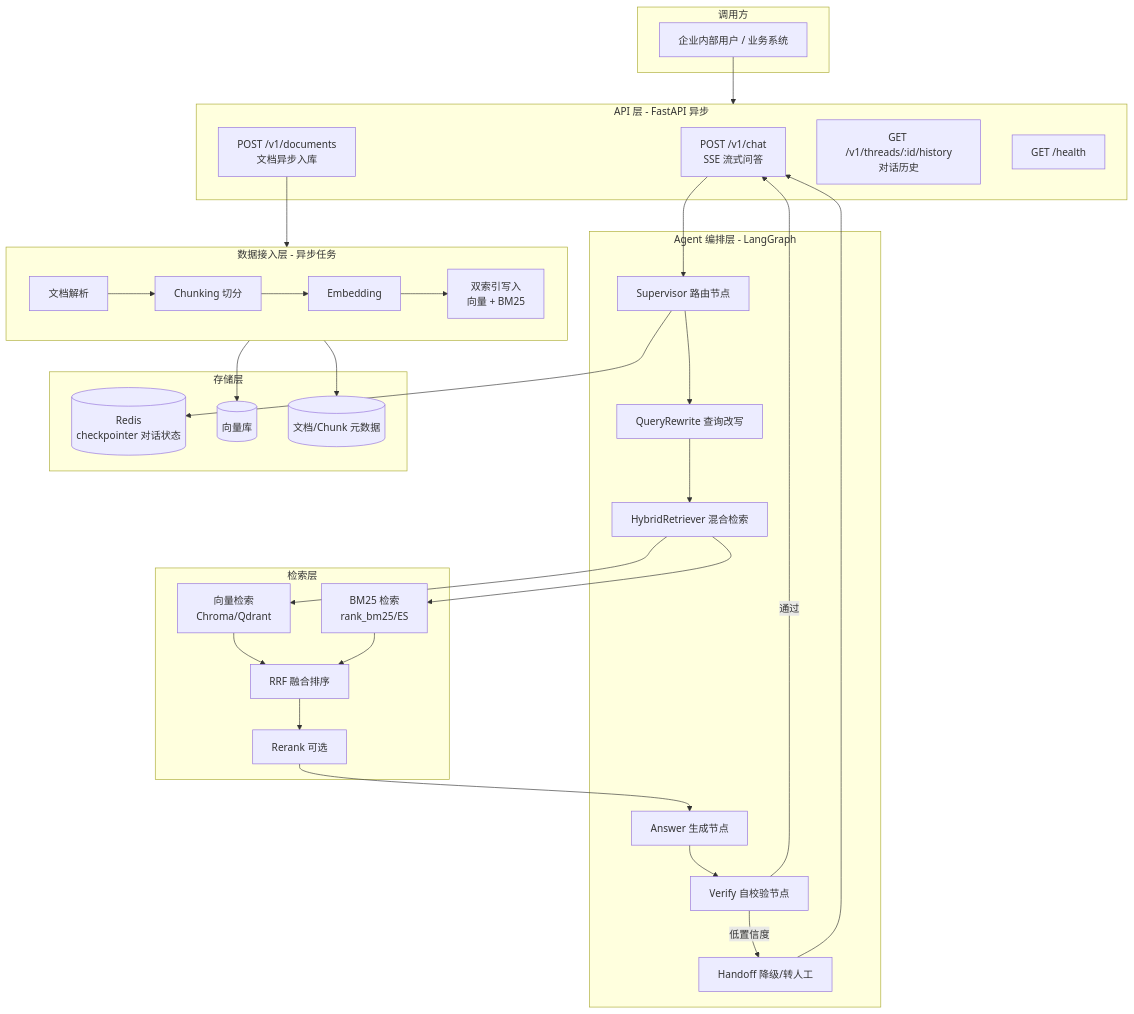
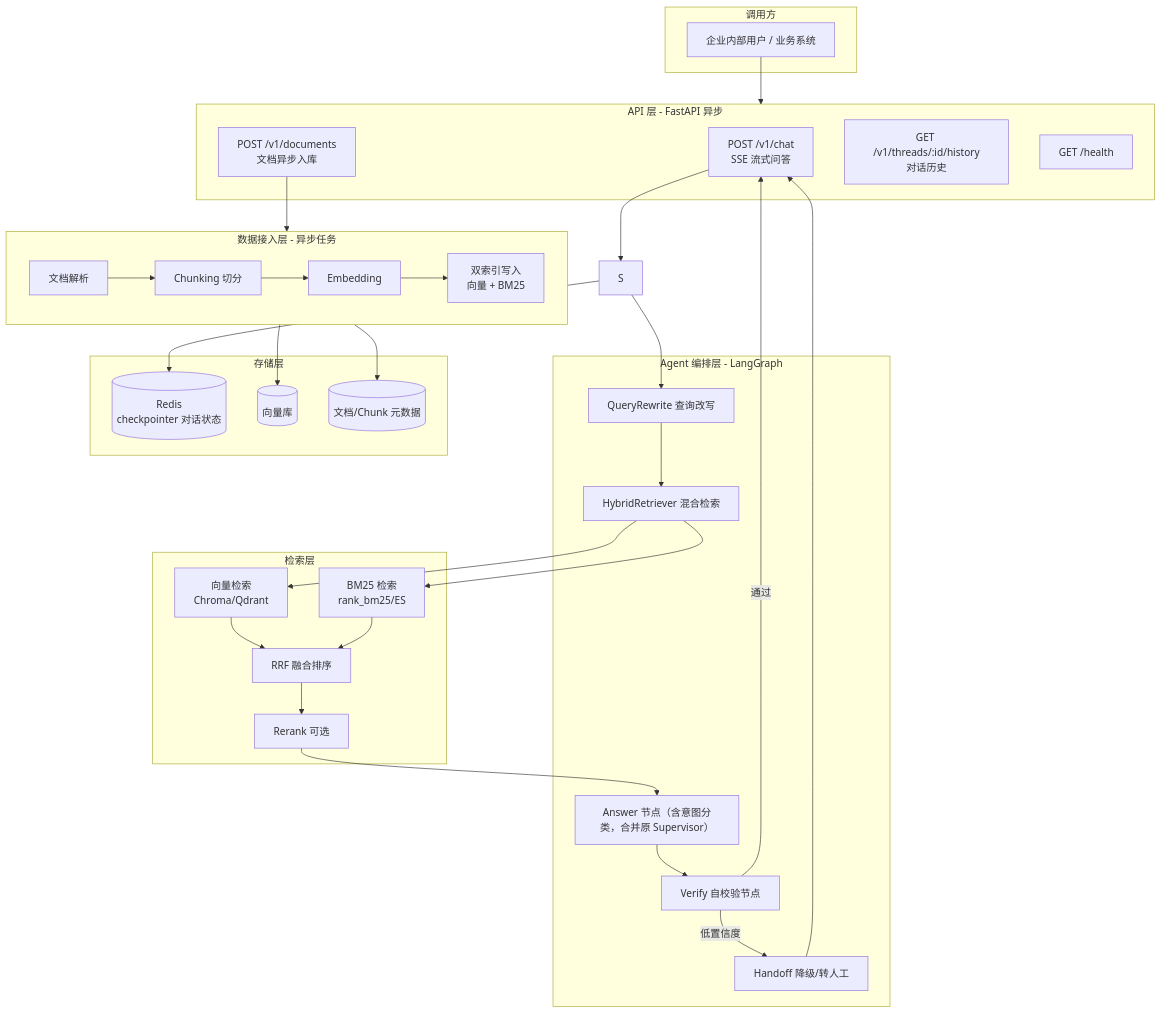
The first of 3 diagrams in docs/enterprise-qa-agent-requirements.md (heijin123/docagent2), drawn with Mermaid before and after one commit. The commit also changed other lines of this file and 79 other files, not shown here.

````diff
--- a/docs/enterprise-qa-agent-requirements.md
+++ b/docs/enterprise-qa-agent-requirements.md
@@ -56,49 +56,48 @@
 ```mermaid
 flowchart TB
     subgraph Client[调用方]
         U[企业内部用户 / 业务系统]
     end
 
     subgraph API[API 层 - FastAPI 异步]
         C1[POST /v1/chat<br/>SSE 流式问答]
         C2[POST /v1/documents<br/>文档异步入库]
         C3[GET /v1/threads/:id/history<br/>对话历史]
         C4[GET /health]
     end
 
     subgraph Orchestrator[Agent 编排层 - LangGraph]
-        S[Supervisor 路由节点]
         Q[QueryRewrite 查询改写]
         R[HybridRetriever 混合检索]
-        A[Answer 生成节点]
+        A[Answer 节点（含意图分类，合并原 Supervisor）]
         V[Verify 自校验节点]
         H[Handoff 降级/转人工]
     end
 
     subgraph Retrieval[检索层]
         VEC[向量检索<br/>Chroma/Qdrant]
         BM25[BM25 检索<br/>rank_bm25/ES]
         RRF[RRF 融合排序]
         RR[Rerank 可选]
     end
 
     subgraph Storage[存储层]
         REDIS[(Redis<br/>checkpointer 对话状态)]
         VDB[(向量库)]
         DOC[(文档/Chunk 元数据)]
     end
 
     subgraph Ingestion[数据接入层 - 异步任务]
         P1[文档解析] --> P2[Chunking 切分] --> P3[Embedding] --> P4[双索引写入<br/>向量 + BM25]
     end
 
     U --> API
     C1 --> S
     S --> Q --> R
     R --> VEC & BM25 --> RRF --> RR --> A --> V
     V -->|通过| C1
     V -->|低置信度| H
     H --> C1
     S --> REDIS
     C2 --> Ingestion --> VDB & DOC
 ```
````
